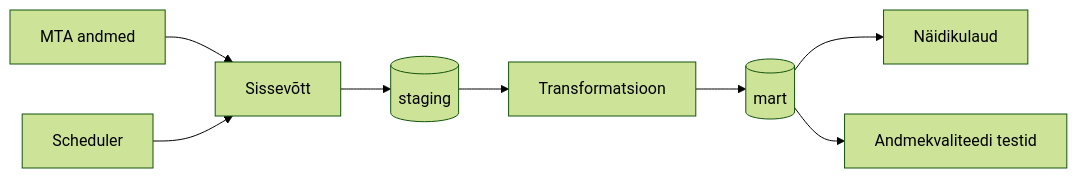
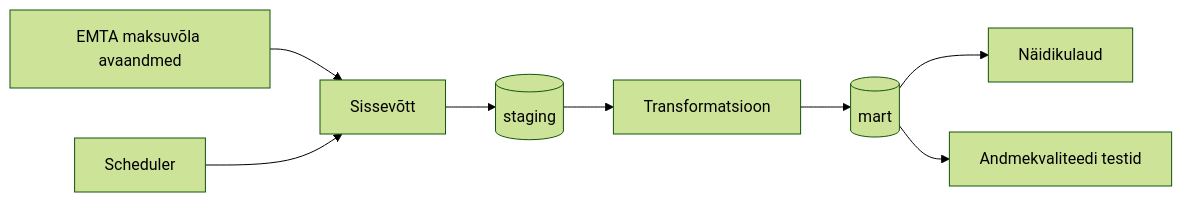
One commit to KulliPeed/Projektitoo_MREV changed the diagram in docs/arhitektuur.md. Above: the diagram before and after it, drawn with Mermaid (forest theme).

````diff
--- a/docs/arhitektuur.md
+++ b/docs/arhitektuur.md
@@ -29,10 +29,10 @@
 ```mermaid
 flowchart LR
-    source[MTA andmed] --> ingest[Sissevõtt]
+    source[EMTA maksuvõla avaandmed] --> ingest[Sissevõtt]
     ingest --> staging[(staging)]
     staging --> transform[Transformatsioon]
     transform --> mart[(mart)]
     mart --> dashboard[Näidikulaud]
     mart --> quality[Andmekvaliteedi testid]
     scheduler[Scheduler] --> ingest
 ```
````
